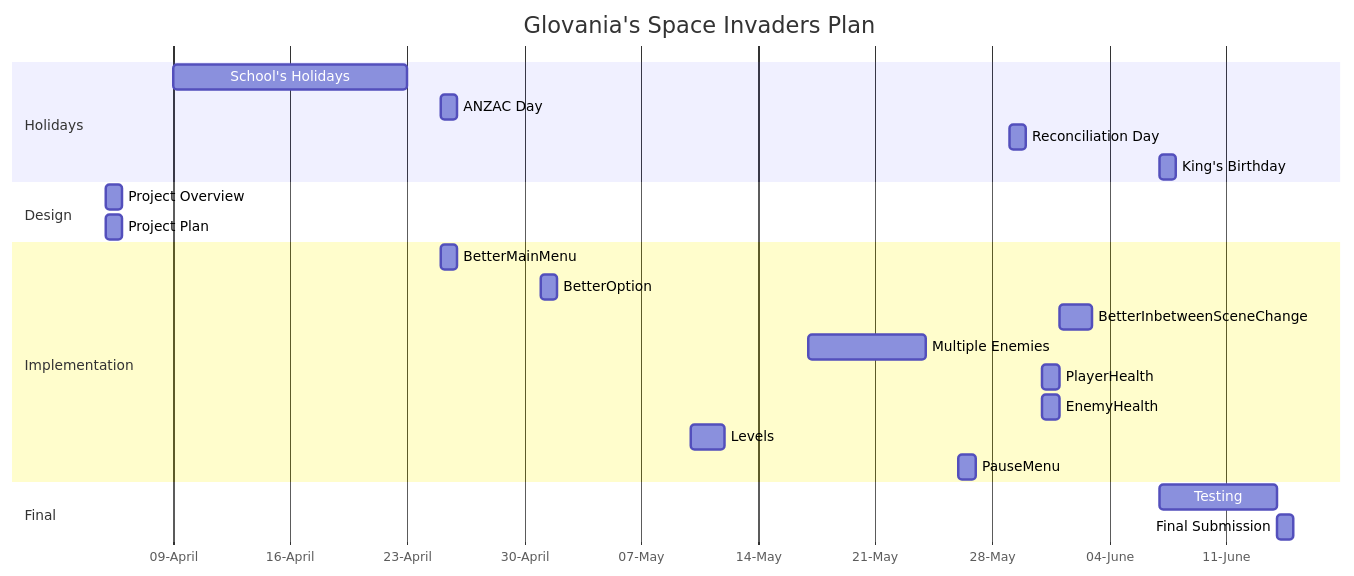
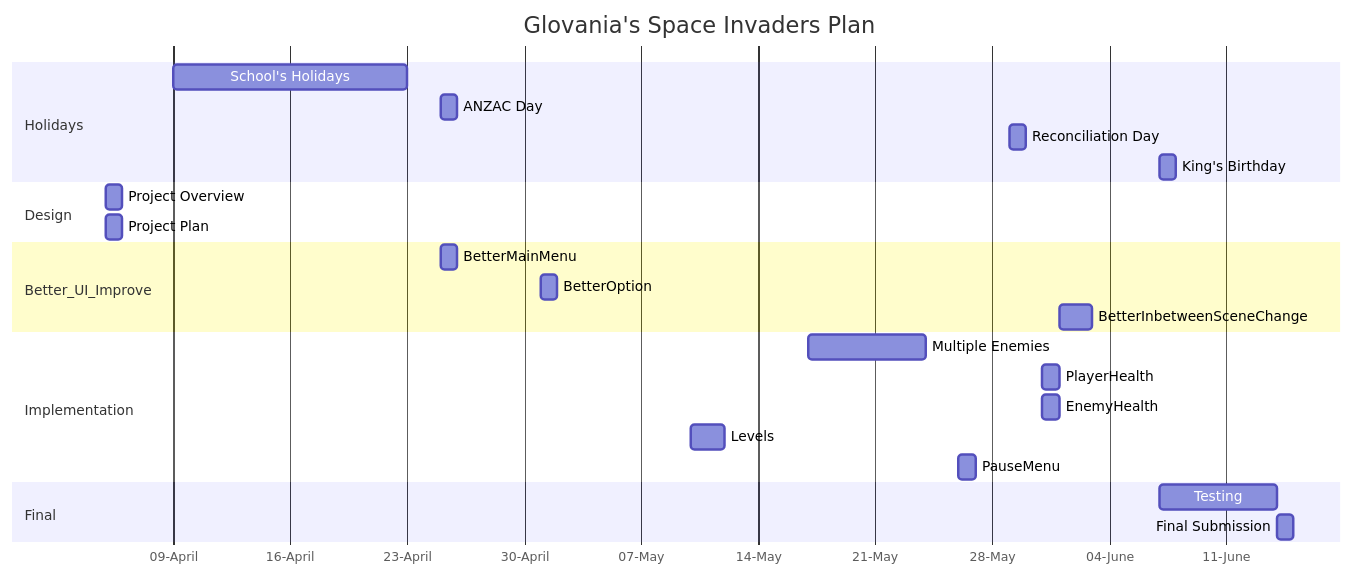
The second of 2 diagrams in Design.md (Glovania/Space-Invading), drawn with Mermaid before and after one commit. The commit also changed other lines of this file, not shown here.

Commit message:
📄 docs: Improve "Design.md" file

````diff
--- a/Design.md
+++ b/Design.md
@@ -53,31 +57,33 @@
 ```mermaid
 gantt
     title Glovania's Space Invaders Plan
     dateFormat DD-MM-YYYY
     axisFormat %d-%B
     tickInterval 1week
 
     section Holidays
     School's Holidays: 09-04-2023, 14d
     ANZAC Day: 25-04-2023, 1d
     Reconciliation Day: 29-05-2023, 1d
     King's Birthday: 07-06-2023, 1d
 
     section Design
     Project Overview: 05-04-2023, 1d
     Project Plan: 05-04-2023, 1d
 
-    section Implementation
+    section Better_UI_Improve
     BetterMainMenu: 25-04-2023, 1d
     BetterOption: 01-05-2023, 1d
     BetterInbetweenSceneChange: 01-06-2023, 2d
+
+    section Implementation
     Multiple Enemies: 17-05-2023, 7d
     PlayerHealth: 31-05-2023, 1d
     EnemyHealth: 31-05-2023, 1d
     Levels: 10-05-2023, 2d
     PauseMenu: 26-05-2023, 1d
 
     section Final
     Testing: 07-06-2023, 7d
     Final Submission: 14-06-2023, 1d
 ```
````
